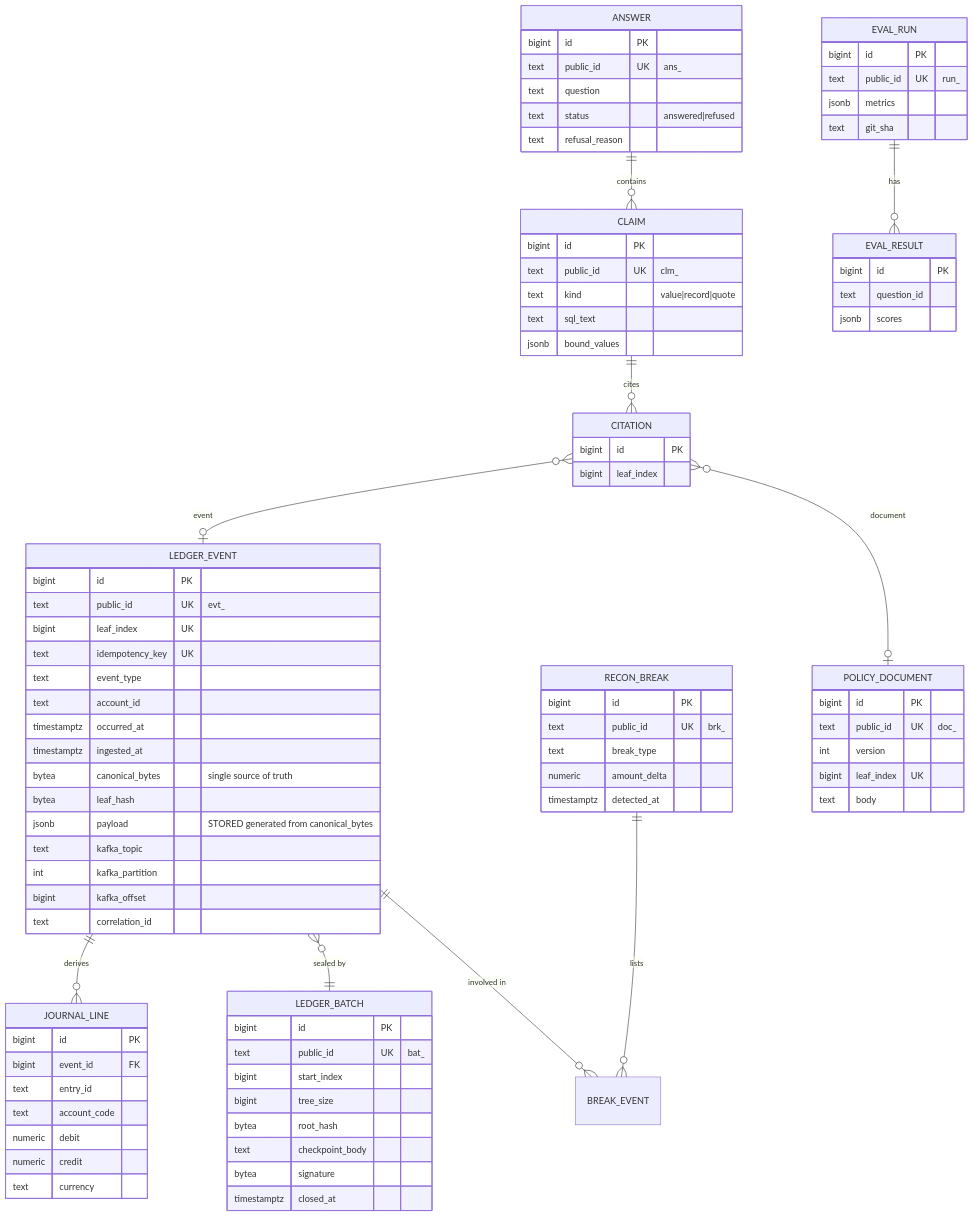
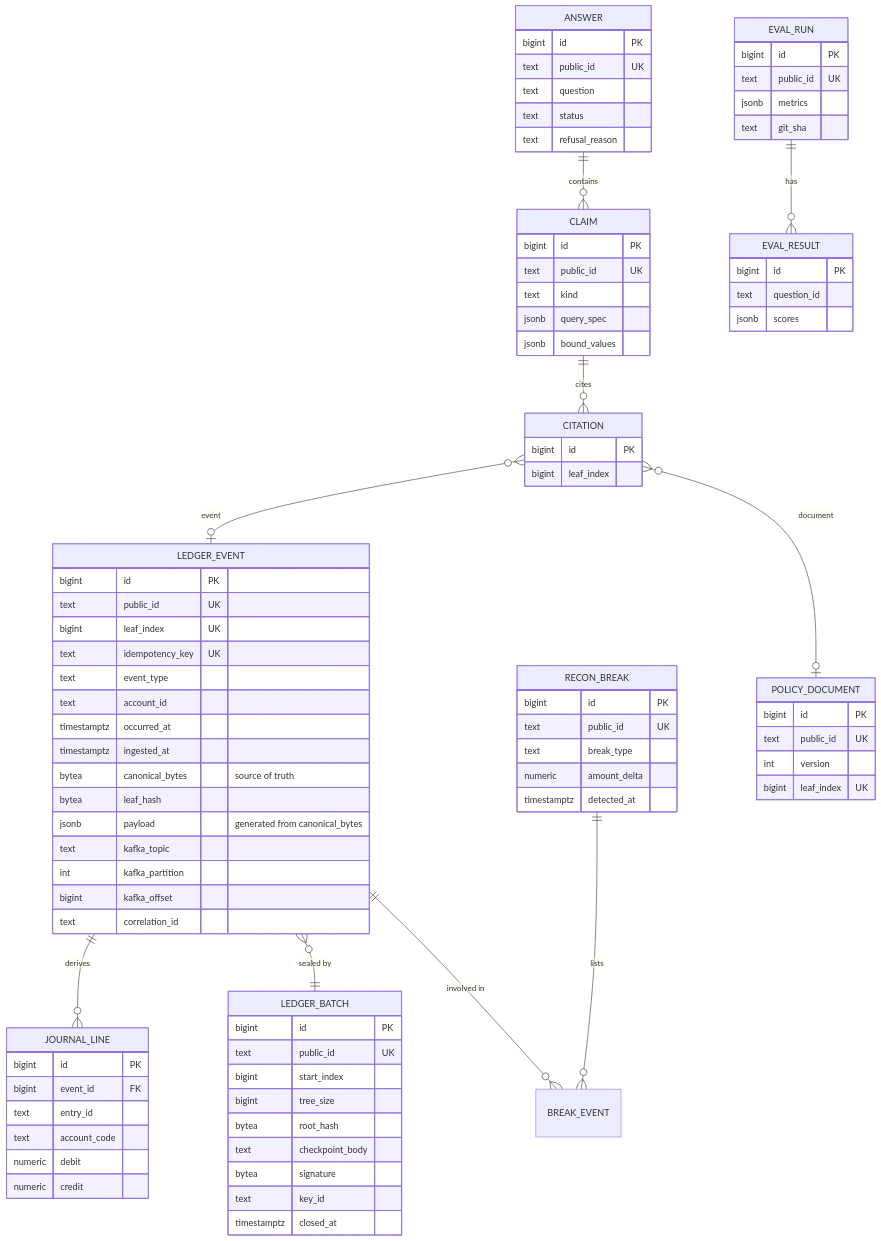
Before and after one commit to raunak-choudhary/tallyproof: the diagram in docs/backend-design.md, drawn with Mermaid. The commit also changed other lines of this file, not shown here.

```diff
--- a/docs/backend-design.md
+++ b/docs/backend-design.md
@@ -151,8 +154,8 @@
 erDiagram
   LEDGER_EVENT ||--o{ JOURNAL_LINE : "derives"
   LEDGER_EVENT }o--|| LEDGER_BATCH : "sealed by"
+  RECON_BREAK ||--o{ BREAK_EVENT : "lists"
   LEDGER_EVENT ||--o{ BREAK_EVENT : "involved in"
-  RECON_BREAK ||--o{ BREAK_EVENT : "lists"
   ANSWER ||--o{ CLAIM : "contains"
   CLAIM ||--o{ CITATION : "cites"
   CITATION }o--o| LEDGER_EVENT : "event"
@@ -160,16 +163,16 @@
   EVAL_RUN ||--o{ EVAL_RESULT : "has"
   LEDGER_EVENT {
     bigint id PK
-    text public_id UK "evt_"
+    text public_id UK
     bigint leaf_index UK
     text idempotency_key UK
     text event_type
     text account_id
     timestamptz occurred_at
     timestamptz ingested_at
-    bytea canonical_bytes "single source of truth"
+    bytea canonical_bytes "source of truth"
     bytea leaf_hash
-    jsonb payload "STORED generated from canonical_bytes"
+    jsonb payload "generated from canonical_bytes"
     text kafka_topic
     int kafka_partition
     bigint kafka_offset
@@ -177,12 +180,13 @@
   }
   LEDGER_BATCH {
     bigint id PK
-    text public_id UK "bat_"
+    text public_id UK
     bigint start_index
     bigint tree_size
     bytea root_hash
     text checkpoint_body
     bytea signature
+    text key_id
     timestamptz closed_at
   }
   JOURNAL_LINE {
@@ -192,34 +196,32 @@
     text account_code
     numeric debit
     numeric credit
-    text currency
   }
   RECON_BREAK {
     bigint id PK
-    text public_id UK "brk_"
+    text public_id UK
     text break_type
     numeric amount_delta
     timestamptz detected_at
   }
   POLICY_DOCUMENT {
     bigint id PK
-    text public_id UK "doc_"
+    text public_id UK
     int version
     bigint leaf_index UK
-    text body
   }
   ANSWER {
     bigint id PK
-    text public_id UK "ans_"
+    text public_id UK
     text question
-    text status "answered|refused"
+    text status
     text refusal_reason
   }
   CLAIM {
     bigint id PK
-    text public_id UK "clm_"
-    text kind "value|record|quote"
-    text sql_text
+    text public_id UK
+    text kind
+    jsonb query_spec
     jsonb bound_values
   }
   CITATION {
@@ -228,7 +230,7 @@
   }
   EVAL_RUN {
     bigint id PK
-    text public_id UK "run_"
+    text public_id UK
     jsonb metrics
     text git_sha
   }
```
